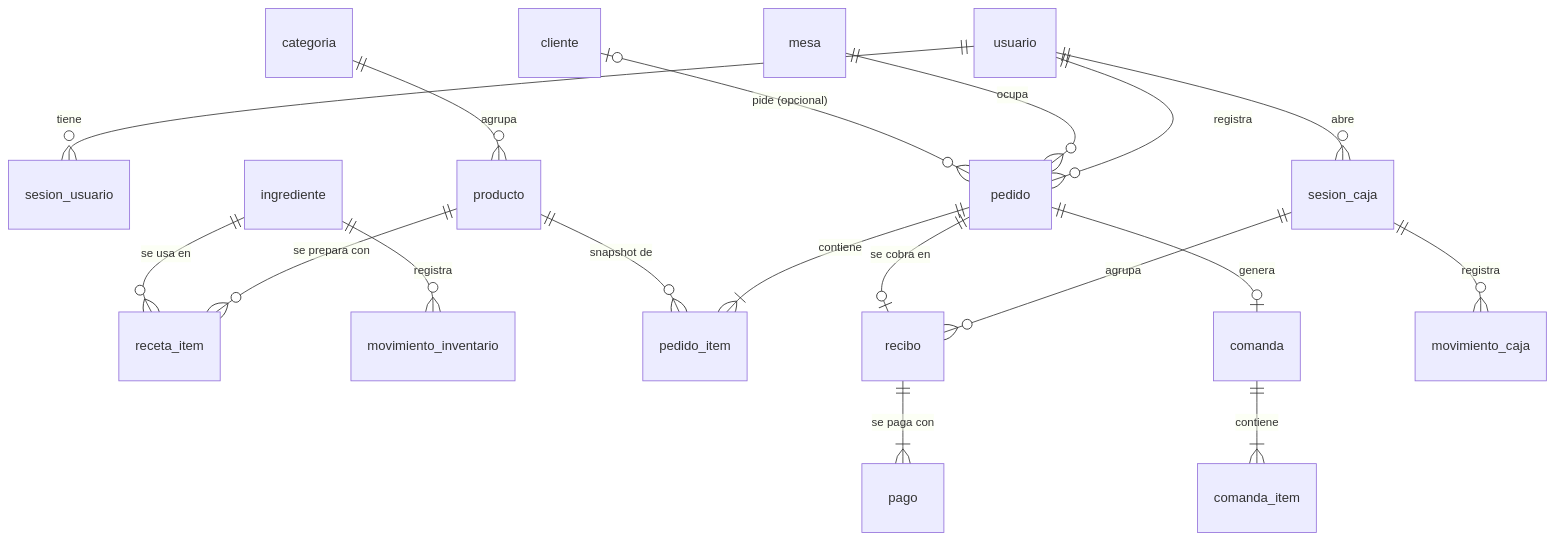
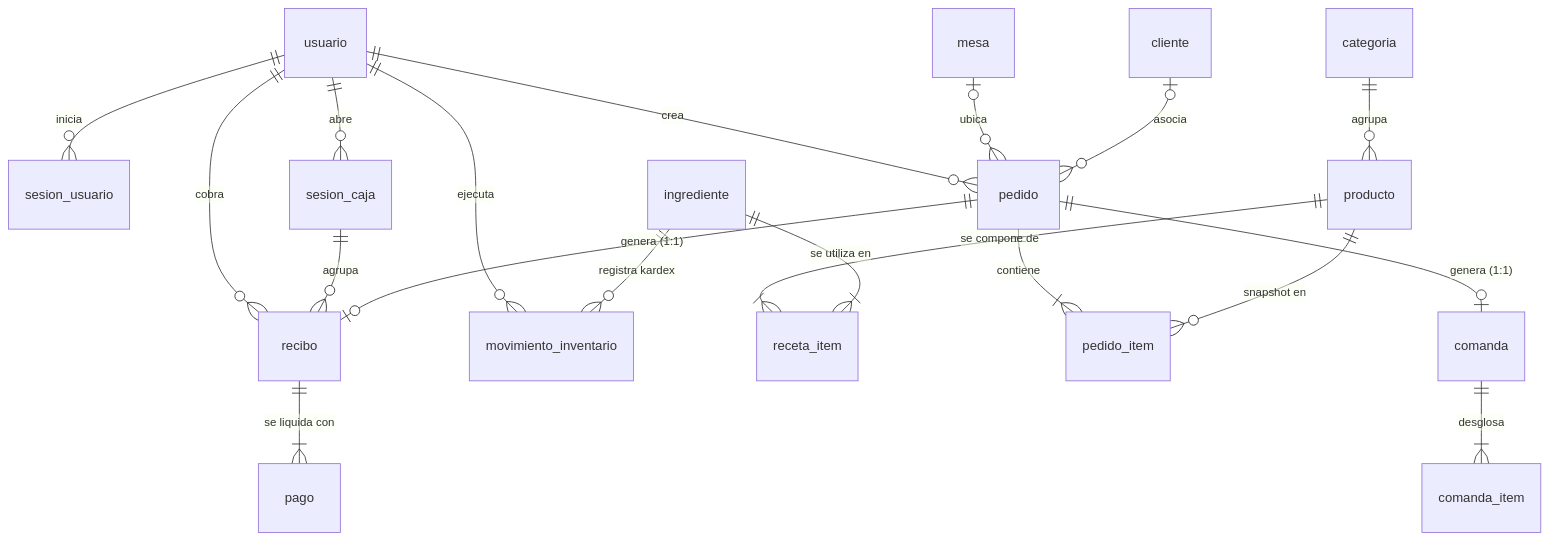
Before and after one commit to ManuelAmell/MonsterBurguer: the diagram in docs/DATA_MODEL.md, drawn with Mermaid. The commit also changed other lines of this file and 25 other files, not shown here.

````diff
--- a/docs/DATA_MODEL.md
+++ b/docs/DATA_MODEL.md
@@ -15,24 +22,25 @@
 ```mermaid
 erDiagram
-    usuario ||--o{ sesion_usuario : tiene
-    usuario ||--o{ pedido : registra
-    usuario ||--o{ sesion_caja : abre
+    usuario ||--o{ sesion_usuario : "inicia"
+    usuario ||--o{ sesion_caja : "abre"
+    usuario ||--o{ pedido : "crea"
+    usuario ||--o{ recibo : "cobra"
+    usuario ||--o{ movimiento_inventario : "ejecuta"
 
-    categoria ||--o{ producto : agrupa
-    producto ||--o{ receta_item : "se prepara con"
-    ingrediente ||--o{ receta_item : "se usa en"
-    ingrediente ||--o{ movimiento_inventario : registra
+    categoria ||--o{ producto : "agrupa"
+    producto ||--|{ receta_item : "se compone de"
+    ingrediente ||--|{ receta_item : "se utiliza en"
+    ingrediente ||--o{ movimiento_inventario : "registra kardex"
 
-    mesa ||--o{ pedido : ocupa
-    cliente |o--o{ pedido : "pide (opcional)"
-    pedido ||--|{ pedido_item : contiene
-    producto ||--o{ pedido_item : "snapshot de"
+    mesa |o--o{ pedido : "ubica"
+    cliente |o--o{ pedido : "asocia"
+    pedido ||--|{ pedido_item : "contiene"
+    producto ||--o{ pedido_item : "snapshot en"
 
-    pedido ||--o| comanda : genera
-    comanda ||--|{ comanda_item : contiene
+    pedido ||--o| comanda : "genera (1:1)"
+    comanda ||--|{ comanda_item : "desglosa"
 
-    sesion_caja ||--o{ recibo : agrupa
-    sesion_caja ||--o{ movimiento_caja : registra
-    pedido ||--o| recibo : "se cobra en"
-    recibo ||--|{ pago : "se paga con"
+    sesion_caja ||--o{ recibo : "agrupa"
+    pedido ||--o| recibo : "genera (1:1)"
+    recibo ||--|{ pago : "se liquida con"
 ```
````
